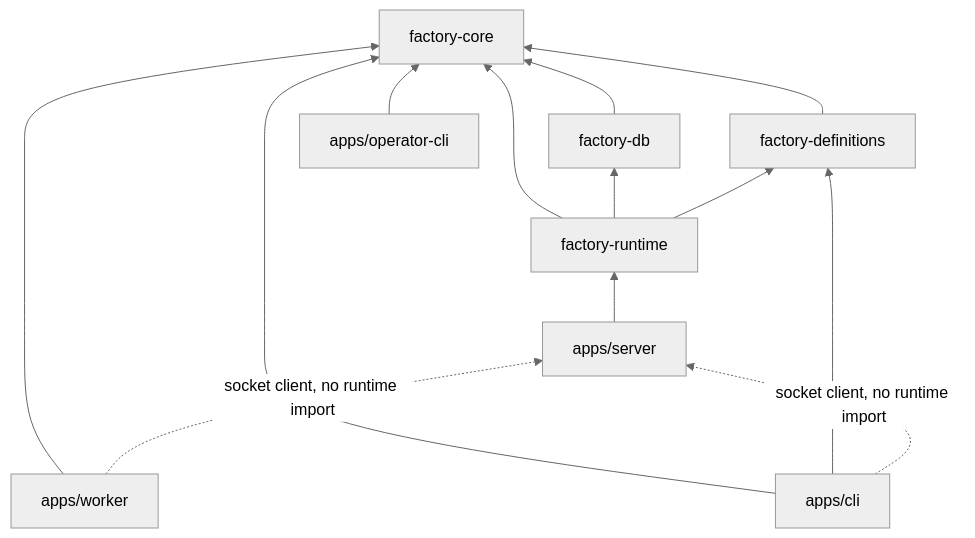
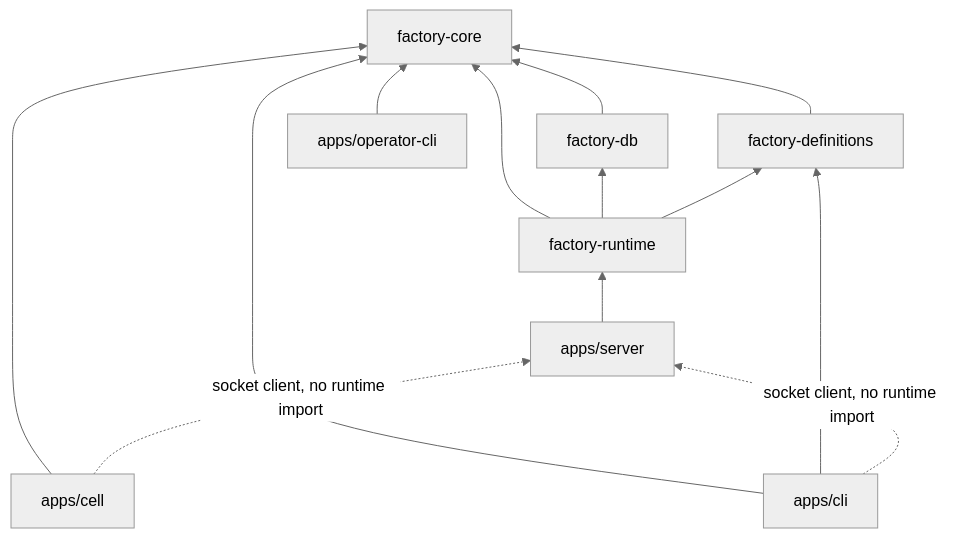
The diagram in docs/STRUCTURE.md (xyashino/software-factory), drawn with Mermaid (neutral theme) before and after one commit. The commit also changed other lines of this file and 10 other files, not shown here.

````diff
--- a/docs/STRUCTURE.md
+++ b/docs/STRUCTURE.md
@@ -94,16 +94,16 @@
 ```mermaid
 flowchart BT
   core["factory-core"]
   defs["factory-definitions"] --> core
   db["factory-db"] --> core
   runtime["factory-runtime"] --> core
   runtime --> db
   runtime --> defs
   server["apps/server"] --> runtime
-  worker["apps/worker"] --> core
-  worker -.->|"socket client, no runtime import"| server
+  cell["apps/cell"] --> core
+  cell -.->|"socket client, no runtime import"| server
   cli["apps/cli"] --> core
   cli --> defs
   cli -.->|"socket client, no runtime import"| server
   op["apps/operator-cli"] --> core
 ```
````
